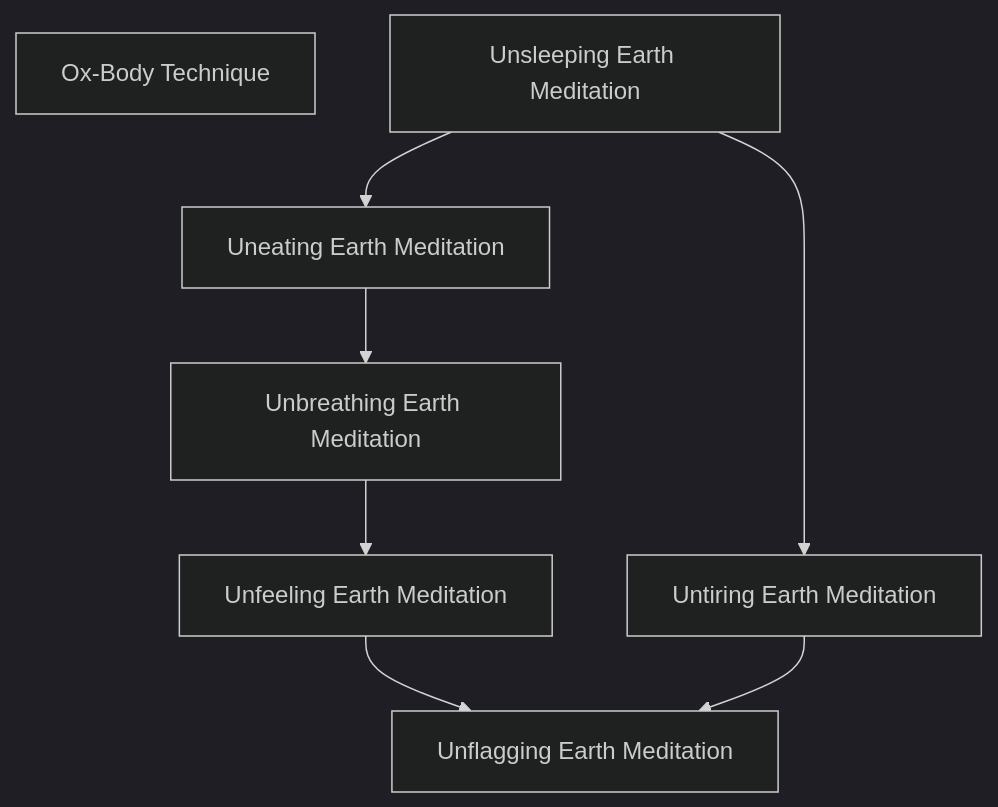
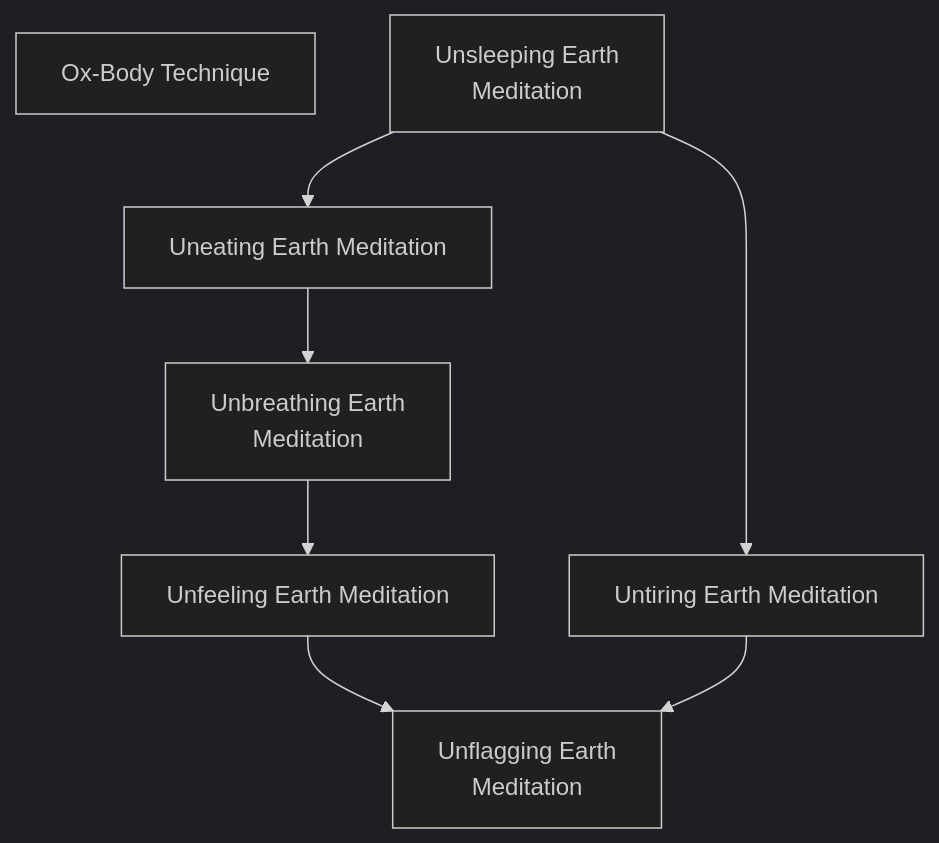
The diagram in docs/mermaid/dragon_blooded/earth_endurance_1.mmd (jrobichaud/exalted-charms-1e), drawn with Mermaid before and after one commit. The commit also changed 2 other files, not shown here.

Commit message:
earth resistance

```diff
--- a/docs/mermaid/dragon_blooded/earth_endurance_1.mmd
+++ b/docs/mermaid/dragon_blooded/earth_endurance_1.mmd
@@ -1,194 +1,194 @@
 ---
 config:
   theme: dark
 ---
 flowchart TD
 
     ox_body_technique[Ox-Body Technique]
     click ox_body_technique callback "
         Ox-Body Technique<br>
         <br>
         Cost: Permanent<br>
         Duration: None<br>
         Type: Special<br>
         Minimum Endurance: Varies<br>
         Minimum Essence: 1<br>
         Prerequisite Charms: None<br>
         <br>
         The Terrestrial Exalted may not be quite as resilient
         as the Anathema they oppose, but they can still take a good
         deal more punishment than normal humans. Like their
         Solar enemies, the Dragon-Blooded may buy extra health
         levels as if they were a Charm.
         Each level of the Dragon-Blooded Ox-Body Technique
         provides one - 1 and one -2 health level. Characters
         cannot take Ox-Body Technique more times than they
         have points of Endurance.
         "
 
-    unsleeping_earth_meditation[Unsleeping Earth Meditation]
+    unsleeping_earth_meditation[Unsleeping Earth<br>Meditation]
     click unsleeping_earth_meditation callback "
         Unsleeping Earth Meditation<br>
         <br>
         Cost: 1 mote<br>
         Duration: One day<br>
         Type: Simple<br>
         Minimum Endurance: 2<br>
         Minimum Essence: 2<br>
         Prerequisite Charms: None<br>
         <br>
         By simply invoking the strength of the Earth Dragon, a
         Dragon-Blooded using this Charm is able to go without sleep
         for 24 hours without ill effect. The character suffers no penalties
         of any kind during this period due to fatigue from sleep and is
         fully alert. The character still has to rest from physical exertion.
         Using this Charm for more than the character's Essence
         + Endurance days is not recommended. For every
         day past that point, the Exalt loses one temporary Willpower
         per day. This Willpower cannot be recovered until
         he has had at least 24 hours of uninterrupted sleep.
         "
 
     uneating_earth_meditation[Uneating Earth Meditation]
     unsleeping_earth_meditation --> uneating_earth_meditation
     click uneating_earth_meditation callback "
         Uneating Earth Meditation<br>
         <br>
         Cost: 2 motes<br>
         Duration: One day<br>
         Type: Simple<br>
         Minimum Endurance: 3<br>
         Minimum Essence: 2<br>
         Prerequisite Charms: Unsleeping Earth Meditation<br>
         <br>
         Stone does not need nourishment, and with this Charm,
         neither do the Dragon-Blooded. A character under the influence
         of this Charm does not need to eat or drink. The Exalted
         functions perfectly well with no nourishment whatsoever and
         suffers none of the penalties associated with hunger.
         Using this Charm for more than the character's Essence
         + Endurance days is remarkably hard on the body. For
         every day past that point, the character loses one bashing
         health level per day, which cannot be healed until use of the
         Charm is discontinued. Most Terrestrial Exalted using this
         Charm for extended periods tend to go without its effects for
         a day or two before reinvoking it.
         "
 
-    unbreathing_earth_meditation[Unbreathing Earth Meditation]
+    unbreathing_earth_meditation[Unbreathing Earth<br>Meditation]
     uneating_earth_meditation --> unbreathing_earth_meditation
     click unbreathing_earth_meditation callback "
         Unbreathing Earth Meditation<br>
         <br>
         Cost: 2 motes<br>
         Duration: One scene<br>
         Type: Simple<br>
         Minimum Endurance: 4<br>
         Minimum Essence: 2<br>
         Prerequisite Charms: Uneating Earth Meditation<br>
         <br>
         The mountains do not breathe, Neither need a Dynast who
         has mastered this Charm. For the rest of the scene after activating
         this Charm, the Dragon-Blooded does not breathe. She can
         survive under water, in clouds of poison gas and in other
         asphyxiating environments with no ill effects whatsoever,
         Keep in mind that, for the duration of the Charm, the
         character is incapable of breathing. This also means that
         speech is out of the question, since the noise of it is caused
         by expelled air. This Charm can be used on others, if they
         are willing. All the character need do to affect a voluntary
         target is to simply touch him.
         "
 
     unfeeling_earth_meditation[Unfeeling Earth Meditation]
     unbreathing_earth_meditation --> unfeeling_earth_meditation
     click unfeeling_earth_meditation callback "
         Unfeeling Earth Meditation<br>
         <br>
         Cost: 3 motes, 1 Willpower<br>
         Duration: Varies<br>
         Type: Reflexive<br>
         Minimum Endurance: 3<br>
         Minimum Essence: 2<br>
         Prerequisite Charms: Unbreathing Earth Meditation<br>
         <br>
         The pain and frailty of mortal flesh may be avoided for very
         short periods of time by the invocation of this Charm. Once
         active, the character may ignore all wound penalties fora number
         of tums equal to his Stamina + Endurance. This Charm does
         nothing to actually protect the character from damage — it only
         temporarily alleviates the symptoms of injury.
         "
 
     untiring_earth_meditation[Untiring Earth Meditation]
     unsleeping_earth_meditation --> untiring_earth_meditation
     click untiring_earth_meditation callback "
         Untiring Earth Meditation<br>
         <br>
         Cost: 5 motes, 1 Willpower<br>
         Duration: One day<br>
         Type: Simple<br>
         Minimum Endurance: 3<br>
         Minimum Essence: 2<br>
         Prerequisite Charms: Unsleeping Earth Meditation<br>
         <br>
         This Charm roots the Dragon-Blooded's Essence down
         into the elemental Earth, magically sustaining him. As long as
         the Dragon-Blood's feet touch the earth once every two turns,
         he incurs no fatigue whatsoever from any source, whether it be
         armor, encumbrance, great physical exertion or magical effect.
         This Charm does not relieve fatigue already present when it is
         invoked, however. The Dynast under the influence of the
         Charm also may ignore wound penalties up to his permanent
         Essence rating. If the character does not touch the earth at least
         once every two turns, this Charm is instantly disrupted.
         "
 
-    unflagging_earth_meditation[Unflagging Earth Meditation]
+    unflagging_earth_meditation[Unflagging Earth<br>Meditation]
     unfeeling_earth_meditation --> unflagging_earth_meditation
     untiring_earth_meditation --> unflagging_earth_meditation
     click unflagging_earth_meditation callback "
         Unflagging Earth Meditation<br>
         <br>
         Cost: 3 motes + 1 Willpower per person<br>
         Duration: Until satisfied<br>
         Type: Simple<br>
         Minimum Endurance: 4<br>
         Minimum Essence: 4<br>
         Prerequisite Charms: Unfeeling Earth Meditation, Untiring Earth Meditation<br>
         <br>
         As well as protecting an Exalted's flesh from harm, the
         steady strength of the Earth Dragon can be used to fuel the
         inner flame of vengeance. This Charm is invoked through
         speaking aloud the terms of the vendetta, to which the
         character commits himself with all his soul: The goal must be
         a simply stated purpose such as: &quot;Find the person who killed my
         father&quot; or &quot;Avenge the stain to my honor inflicted upon me
         by the cowardly vassal of the Lord of Singing Birds.&quot;
         Until the terms of the vendetta are fulfilled, the Exalted
         does not need to eat, sleep or rest, so long as he remains in
         pursuit of the vendetta. The character incurs no penalties
         from any sort of fatigue, whether it be magical or natural. He
         will walk tirelessly and fight tirelessly in pursuit of his aim
         and takes no fatigue from armor. He may soak both lethal
         and bashing damage with his Stamina, and he adds his
         Endurance to both his lethal and bashing soaks.<br>
         Unflagging Vengeance Meditation can be sustained without
         ill effect for up to the Exalt's Essence in days. After that, the
         character begins losing one health level of unsoakable bashing
         damage every time his Essence in days passes. The Exalted
         grows pale and draw, his face ser into a mask of vengeance.
         These health levels may be healed only after the Charm is
         allowed to lapse. Healing damage taken from this effect of the
         Unflagging Vengeance Meditation takes twice as longas usual.<br>
         A number of additional characters can join the vendetta
         equal to the Essence of the character initiating the oath. Other
         characters involved must each pay a point of temporary Willpower
         to take the oath. Unflagging Vengeance Meditation ends
         when either the vendetta is satisfied or the individual who
         invoked it consciously stops it. If anyone involved terminates her
         part in the oath prematurely, she takes a number of unsoakable
         levels of lethal damage equal to sum of the permanent Essences
         of the characters involved. This damage may not be reduced in
         any fashion, either with armor or natural protection.
         "
```
